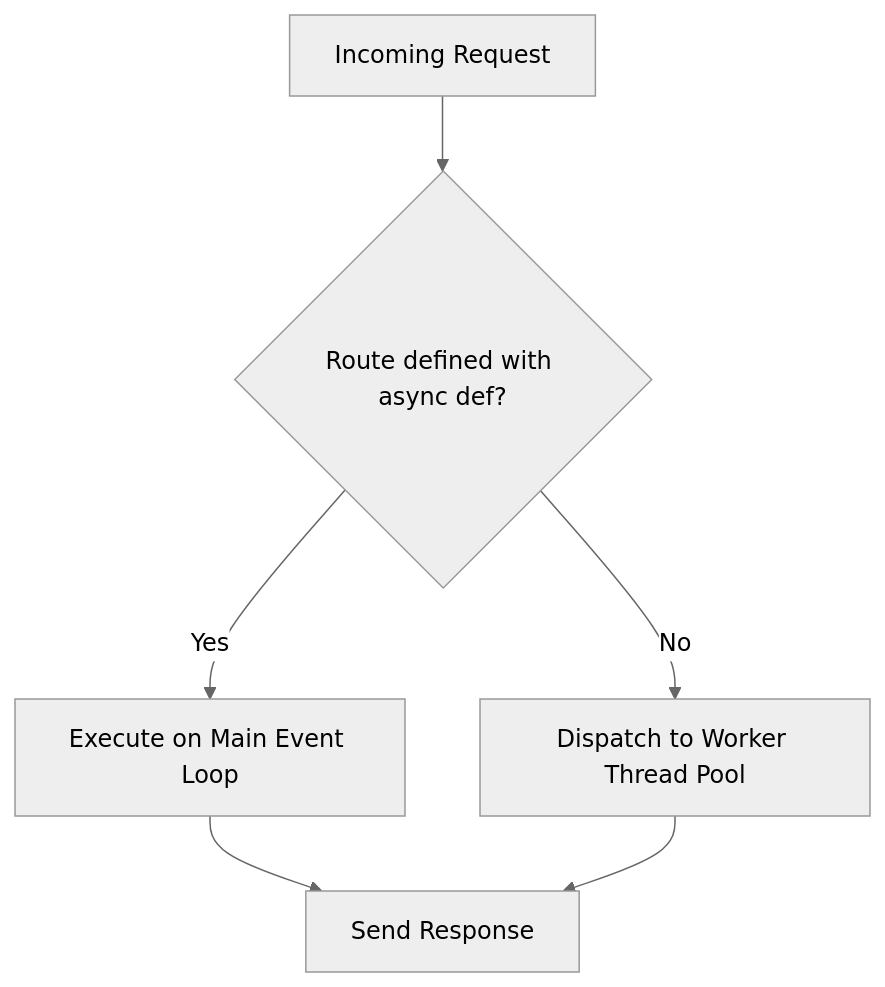
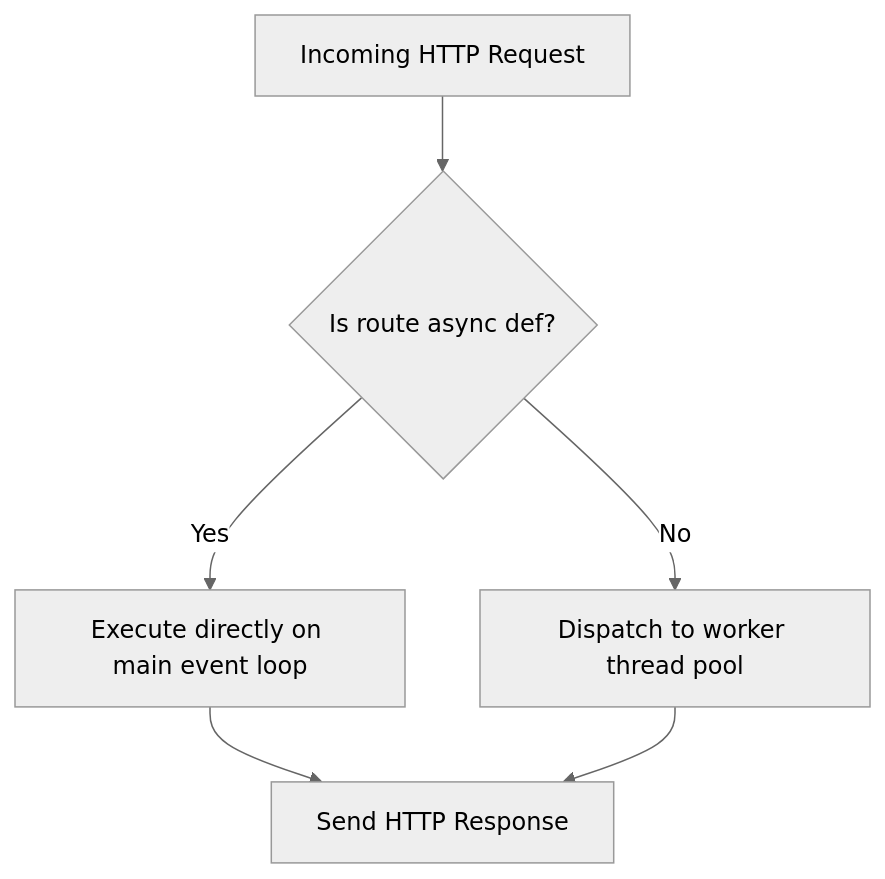
One commit to AD0791/interviewprep changed the diagram in frameworks_specifics/01_fastapi.md. Above: the diagram before and after it, drawn with Mermaid (neutral theme). The commit also changed other lines of this file and 8 other files, not shown here.

````diff
--- a/frameworks_specifics/01_fastapi.md
+++ b/frameworks_specifics/01_fastapi.md
@@ -21,8 +30,8 @@
 ```mermaid
 graph TD
-    Request[Incoming Request] --> RouteCheck{Route defined with async def?}
-    RouteCheck -->|Yes| EventLoop[Execute on Main Event Loop]
-    RouteCheck -->|No| ThreadPool[Dispatch to Worker Thread Pool]
-    EventLoop --> Response[Send Response]
+    Request[Incoming HTTP Request] --> RouteCheck{Is route async def?}
+    RouteCheck -->|Yes| MainLoop[Execute directly on main event loop]
+    RouteCheck -->|No| ThreadPool[Dispatch to worker thread pool]
+    MainLoop --> Response[Send HTTP Response]
     ThreadPool --> Response
 ```
````
